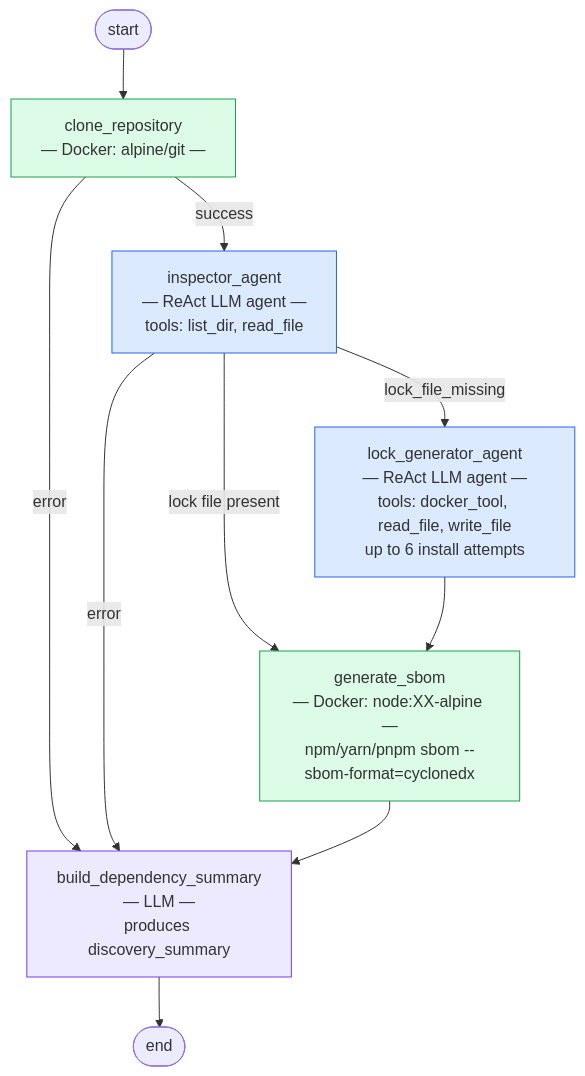
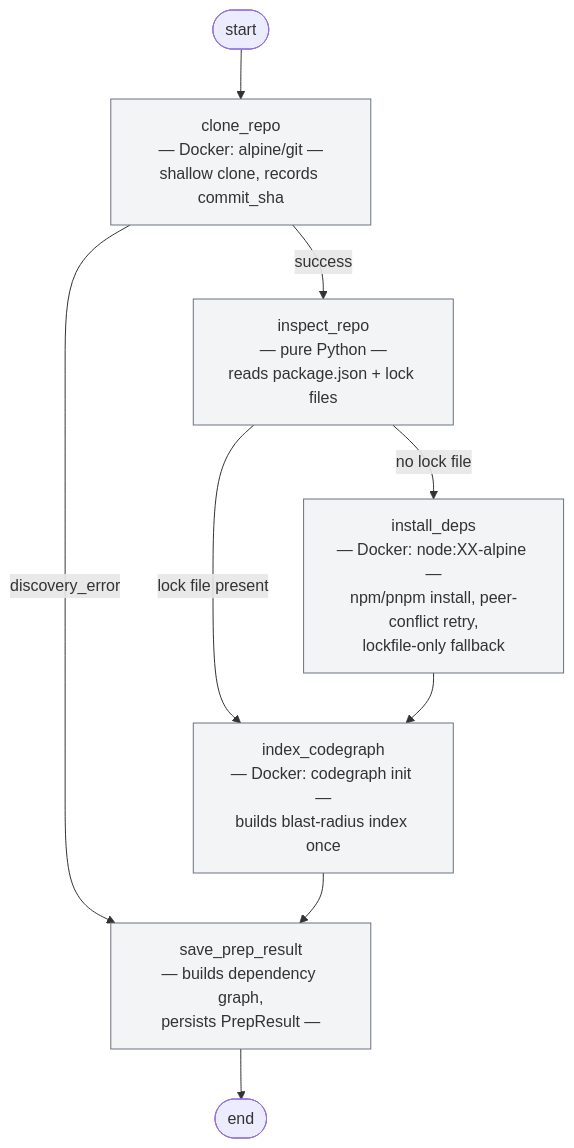
Before and after one commit to alaain04/misi-agentic-langgraph: the second of 4 diagrams in apps/backend/docs/graphs.md, drawn with Mermaid. The commit also changed other lines of this file and 64 other files, not shown here.

````diff
--- a/apps/backend/docs/graphs.md
+++ b/apps/backend/docs/graphs.md
@@ -67,31 +50,25 @@
 ```mermaid
 flowchart TD
-    START([start]) --> clone_repository
+    START([start]) --> clone_repo
 
-    clone_repository["clone_repository\n― Docker: alpine/git ―"]
-    clone_repository -->|success| inspector_agent
-    clone_repository -->|error| build_dependency_summary
+    clone_repo["clone_repo\n― Docker: alpine/git ―\nshallow clone, records commit_sha"]
+    clone_repo -->|discovery_error| save_prep_result
+    clone_repo -->|success| inspect_repo
 
-    inspector_agent["inspector_agent\n― ReAct LLM agent ―\ntools: list_dir, read_file"]
-    inspector_agent -->|lock file present| generate_sbom
-    inspector_agent -->|lock_file_missing| lock_generator_agent
-    inspector_agent -->|error| build_dependency_summary
+    inspect_repo["inspect_repo\n― pure Python ―\nreads package.json + lock files"]
+    inspect_repo -->|"no lock file"| install_deps
+    inspect_repo -->|"lock file present"| index_codegraph
 
-    lock_generator_agent["lock_generator_agent\n― ReAct LLM agent ―\ntools: docker_tool, read_file, write_file\nup to 6 install attempts"]
-    lock_generator_agent --> generate_sbom
+    install_deps["install_deps\n― Docker: node:XX-alpine ―\nnpm/pnpm install, peer-conflict retry,\nlockfile-only fallback"]
+    install_deps --> index_codegraph
 
-    generate_sbom["generate_sbom\n― Docker: node:XX-alpine ―\nnpm/yarn/pnpm sbom --sbom-format=cyclonedx"]
-    generate_sbom --> build_dependency_summary
+    index_codegraph["index_codegraph\n― Docker: codegraph init ―\nbuilds blast-radius index once"]
+    index_codegraph --> save_prep_result
 
-    build_dependency_summary["build_dependency_summary\n― LLM ―\nproduces discovery_summary"]
-    build_dependency_summary --> END([end])
+    save_prep_result["save_prep_result\n― builds dependency graph,\npersists PrepResult ―"]
+    save_prep_result --> END([end])
 
-    classDef docker fill:#dcfce7,stroke:#16a34a
-    classDef agent fill:#dbeafe,stroke:#2563eb
-    classDef llm fill:#ede9fe,stroke:#7c3aed
     classDef det fill:#f3f4f6,stroke:#6b7280
 
-    class clone_repository,generate_sbom docker
-    class inspector_agent,lock_generator_agent agent
-    class build_dependency_summary llm
+    class clone_repo,inspect_repo,install_deps,index_codegraph,save_prep_result det
 ```
````
